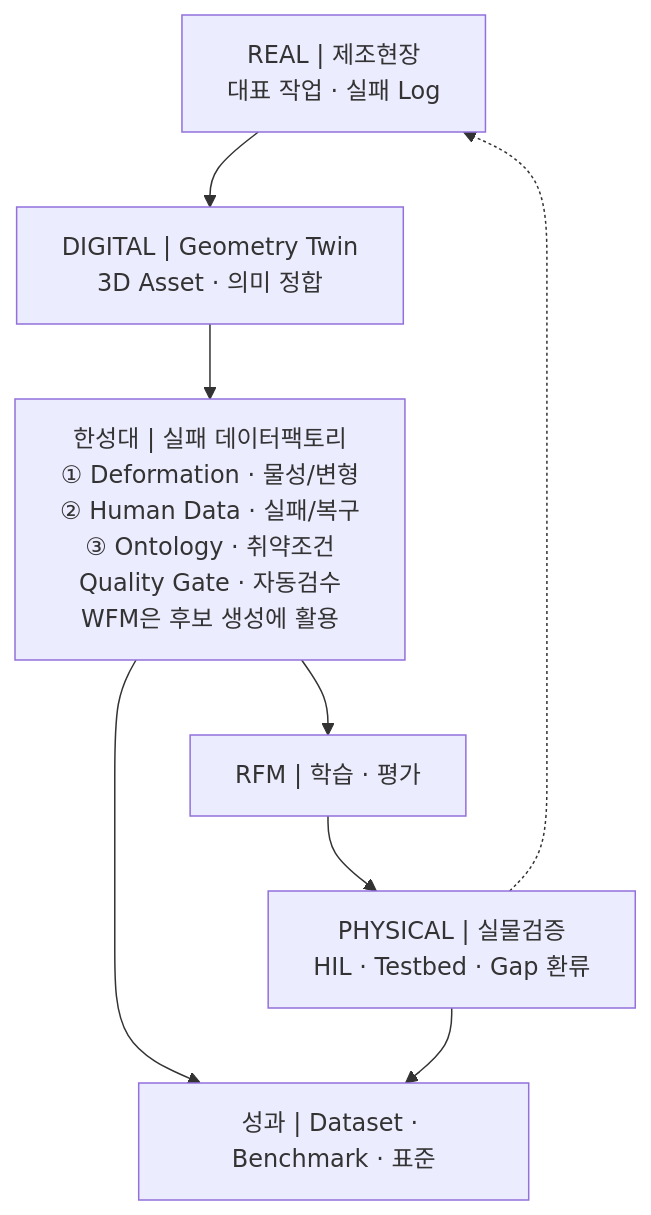
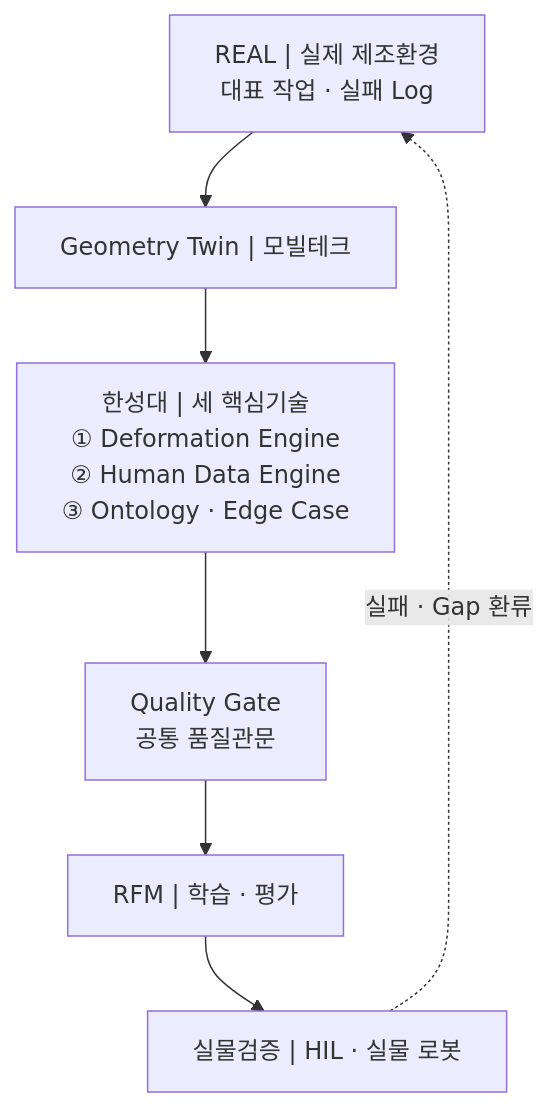
Before and after one commit to parclab-hsu/parclab-hsu.github.io: the second of 2 diagrams in homepage-src/docs/projects/manufacturing-data-factory-rfm/index.md, drawn with Mermaid. The commit also changed other lines of this file and 4 other files, not shown here.

````diff
--- a/homepage-src/docs/projects/manufacturing-data-factory-rfm/index.md
+++ b/homepage-src/docs/projects/manufacturing-data-factory-rfm/index.md
@@ -50,14 +195,12 @@
 ```mermaid
 flowchart TB
-    REAL["REAL | 제조현장<br/>대표 작업 · 실패 Log"]
-    GEO["DIGITAL | Geometry Twin<br/>3D Asset · 의미 정합"]
-    CORE["한성대 | 실패 데이터팩토리<br/>① Deformation · 물성/변형<br/>② Human Data · 실패/복구<br/>③ Ontology · 취약조건<br/>Quality Gate · 자동검수<br/>WFM은 후보 생성에 활용"]
+    REAL["REAL | 실제 제조환경<br/>대표 작업 · 실패 Log"]
+    GEO["Geometry Twin | 모빌테크"]
+    CORE["한성대 | 세 핵심기술<br/>① Deformation Engine<br/>② Human Data Engine<br/>③ Ontology · Edge Case"]
+    GATE["Quality Gate<br/>공통 품질관문"]
     RFM["RFM | 학습 · 평가"]
-    TEST["PHYSICAL | 실물검증<br/>HIL · Testbed · Gap 환류"]
-    OUTPUT["성과 | Dataset · Benchmark · 표준"]
+    TEST["실물검증 | HIL · 실물 로봇"]
 
-    REAL --> GEO --> CORE --> RFM --> TEST
-    CORE --> OUTPUT
-    TEST --> OUTPUT
-    TEST -.-> REAL
+    REAL --> GEO --> CORE --> GATE --> RFM --> TEST
+    TEST -. "실패 · Gap 환류" .-> REAL
 ```
````
